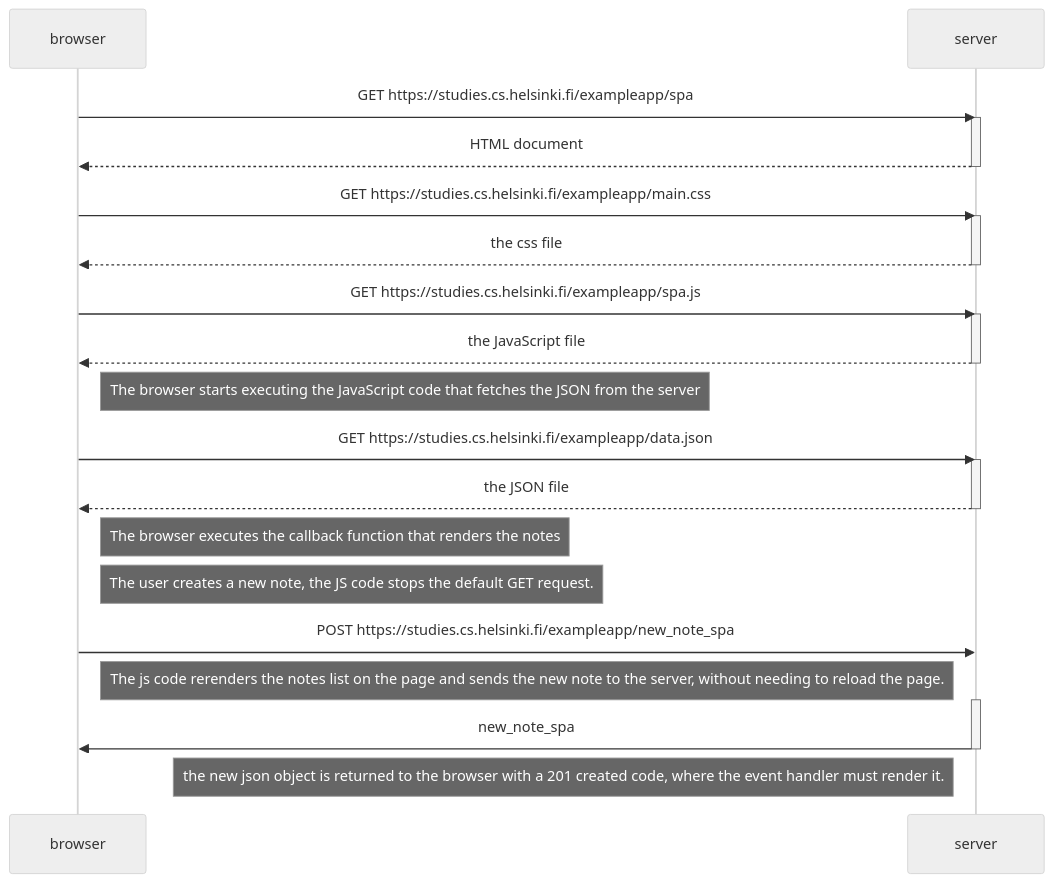
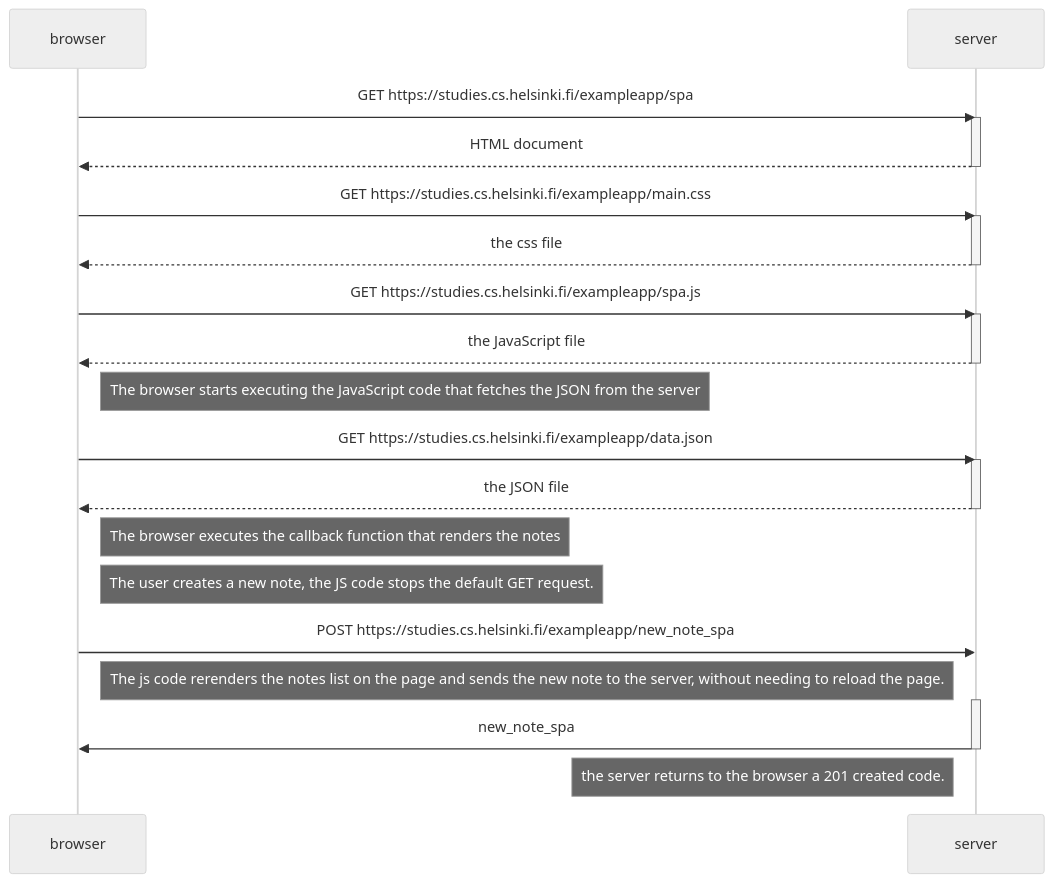
The diagram in part0/ex6.md (LightCreator1007/FullStackOpen_arunit), drawn with Mermaid (neutral theme) before and after one commit.

Commit message:
more tweaks to 6

````diff
--- a/part0/ex6.md
+++ b/part0/ex6.md
@@ -1,43 +1,43 @@
 ```mermaid
 sequenceDiagram
     participant browser
     participant server
 
     browser->>server: GET https://studies.cs.helsinki.fi/exampleapp/spa
     activate server
     server-->>browser: HTML document
     deactivate server
 
     browser->>server: GET https://studies.cs.helsinki.fi/exampleapp/main.css
     activate server
     server-->>browser: the css file
     deactivate server
 
     browser->>server: GET https://studies.cs.helsinki.fi/exampleapp/spa.js
     
     activate server
     server-->>browser: the JavaScript file
     deactivate server
 
     Note right of browser: The browser starts executing the JavaScript code that fetches the JSON from the server
 
     browser->>server: GET https://studies.cs.helsinki.fi/exampleapp/data.json
     activate server
     server-->>browser: the JSON file
     deactivate server
 
     Note right of browser: The browser executes the callback function that renders the notes 
 
     Note right of browser: The user creates a new note, the JS code stops the default GET request.
     
     browser->>server: POST https://studies.cs.helsinki.fi/exampleapp/new_note_spa
     Note right of browser: The js code rerenders the notes list on the page and sends the  new note to the server, without needing to reload the page.
     activate server
     server->>browser: new_note_spa
     deactivate server
 
-    Note left of server: the new json object is returned to the browser with a 201 created code, where the event handler must render it.
+    Note left of server: the server returns to the browser a 201 created code.
 
     
 
 ```
````
